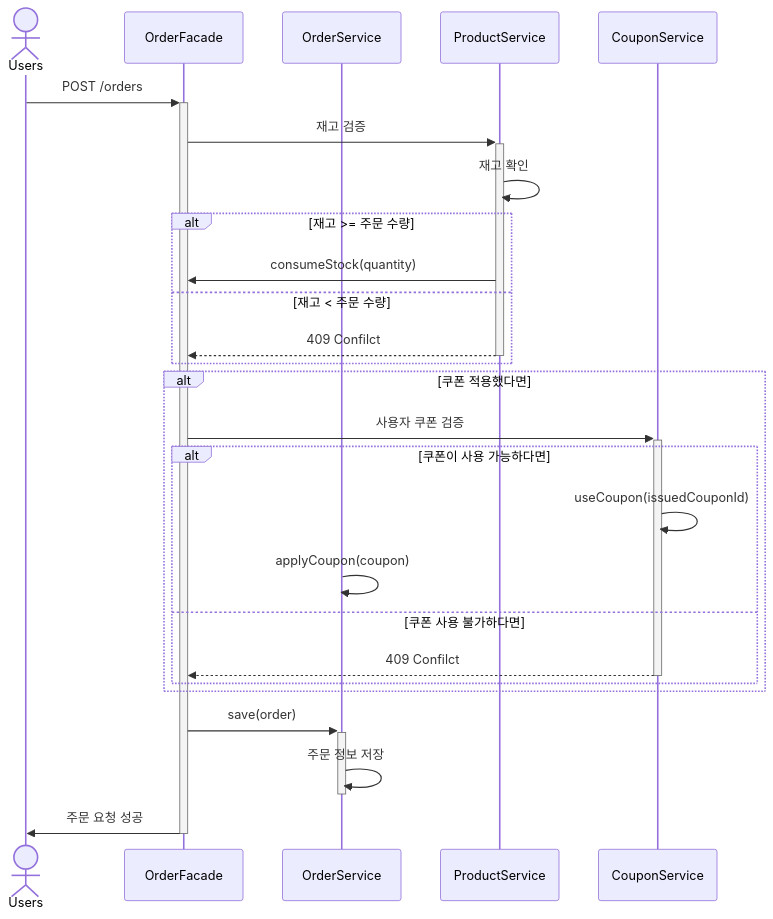
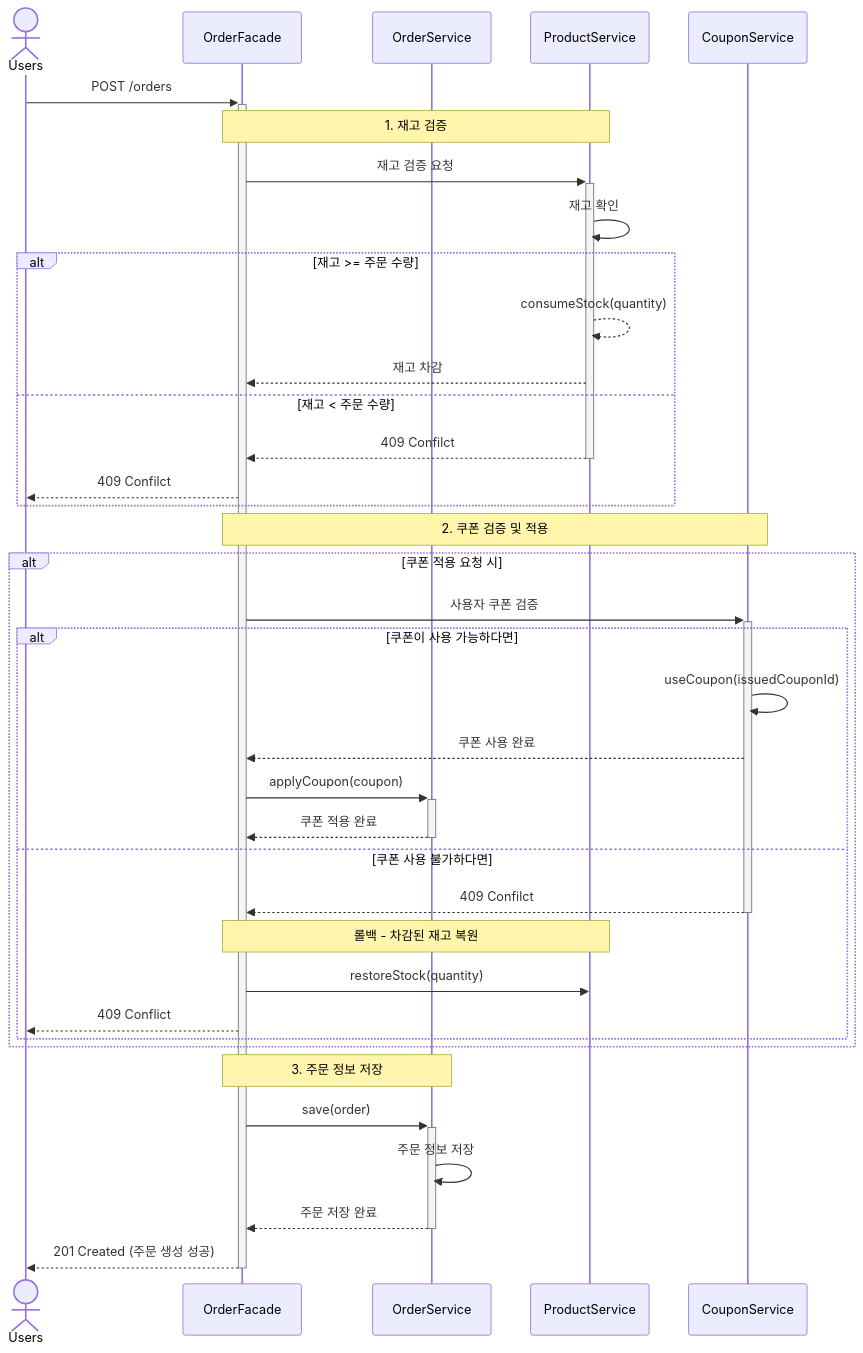
Before and after one commit to o3ozzvb/kotlin-ecommerce: the third of 4 diagrams in docs/design/02-sequence-diagrams.md, drawn with Mermaid. The commit also changed other lines of this file, not shown here.

Commit message:
docs: 시퀀스다이어그램 수정  - activation bar 보정

````diff
--- a/docs/design/02-sequence-diagrams.md
+++ b/docs/design/02-sequence-diagrams.md
@@ -59,32 +73,45 @@
 ```mermaid
 sequenceDiagram
 	actor Users
 	participant OF as OrderFacade
 	participant OS as OrderService
 	participant PS as ProductService
 	participant CS as CouponService
 
     Users->>+OF: POST /orders
-    OF->>+PS: 재고 검증
+    
+    Note over OF, PS: 1. 재고 검증
+    OF->>+PS: 재고 검증 요청
     PS->>PS: 재고 확인
 	
 	alt 재고 >= 주문 수량
-	PS->>OF: consumeStock(quantity)
+	PS-->>PS: consumeStock(quantity)
+	PS-->>OF: 재고 차감
 	else 재고 < 주문 수량
 	PS-->>-OF: 409 Confilct
+	OF-->>Users: 409 Confilct
 	end
-	
-	alt 쿠폰 적용했다면
+
+    Note over OF, CS: 2. 쿠폰 검증 및 적용
+	alt 쿠폰 적용 요청 시
 	OF->>+CS: 사용자 쿠폰 검증
 		alt 쿠폰이 사용 가능하다면
 		CS->>CS: useCoupon(issuedCouponId)
-		OS->>OS: applyCoupon(coupon)
+		CS-->>OF: 쿠폰 사용 완료
+		OF->>+OS: applyCoupon(coupon)
+		OS-->>-OF: 쿠폰 적용 완료
 		else 쿠폰 사용 불가하다면
 		CS-->>-OF: 409 Confilct
+		Note over OF, PS: 롤백 - 차감된 재고 복원
+		OF->>PS: restoreStock(quantity)
+		OF-->>Users: 409 Conflict
 		end
     end
+    
+    Note over OF, OS: 3. 주문 정보 저장
     OF->>+OS: save(order)
-    OS->>-OS: 주문 정보 저장
-    OF->>-Users: 주문 요청 성공
+    OS->>OS: 주문 정보 저장
+    OS-->>-OF: 주문 저장 완료
+    OF-->>-Users: 201 Created (주문 생성 성공)
 	
 ```
````
